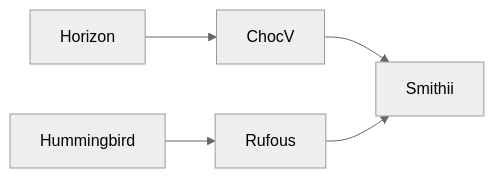
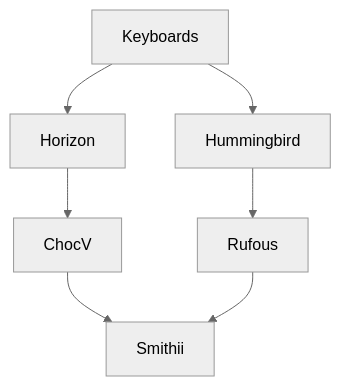
One commit to LuarRaNa/tlalocohyla_smithii changed the diagram in README.md. Above: the diagram before and after it, drawn with Mermaid (neutral theme).

Commit message:
Update mermaid diagram

````diff
--- a/README.md
+++ b/README.md
@@ -7,11 +7,13 @@
 ```mermaid
-graph LR;
+graph TD;
+    Keyboards-->A;
+    Keyboards-->C;
     A[Horizon] --> B[ChocV];
-    click A "https://github.com/skarrmann/horizon" "Go to";
-    click B "https://github.com/brickbots/chocV" "Go to";
     C[Hummingbird] --> D[Rufous];
     B --> E[Smithii];
     D --> E[Smithii];
+    click A "https://github.com/skarrmann/horizon" "Go to";
+    click B "https://github.com/brickbots/chocV" "Go to";
     click C "https://github.com/PJE66/hummingbird" "Go to";
     click D "https://github.com/jcmkk3/trochilidae" "Go to";
 ```
````
